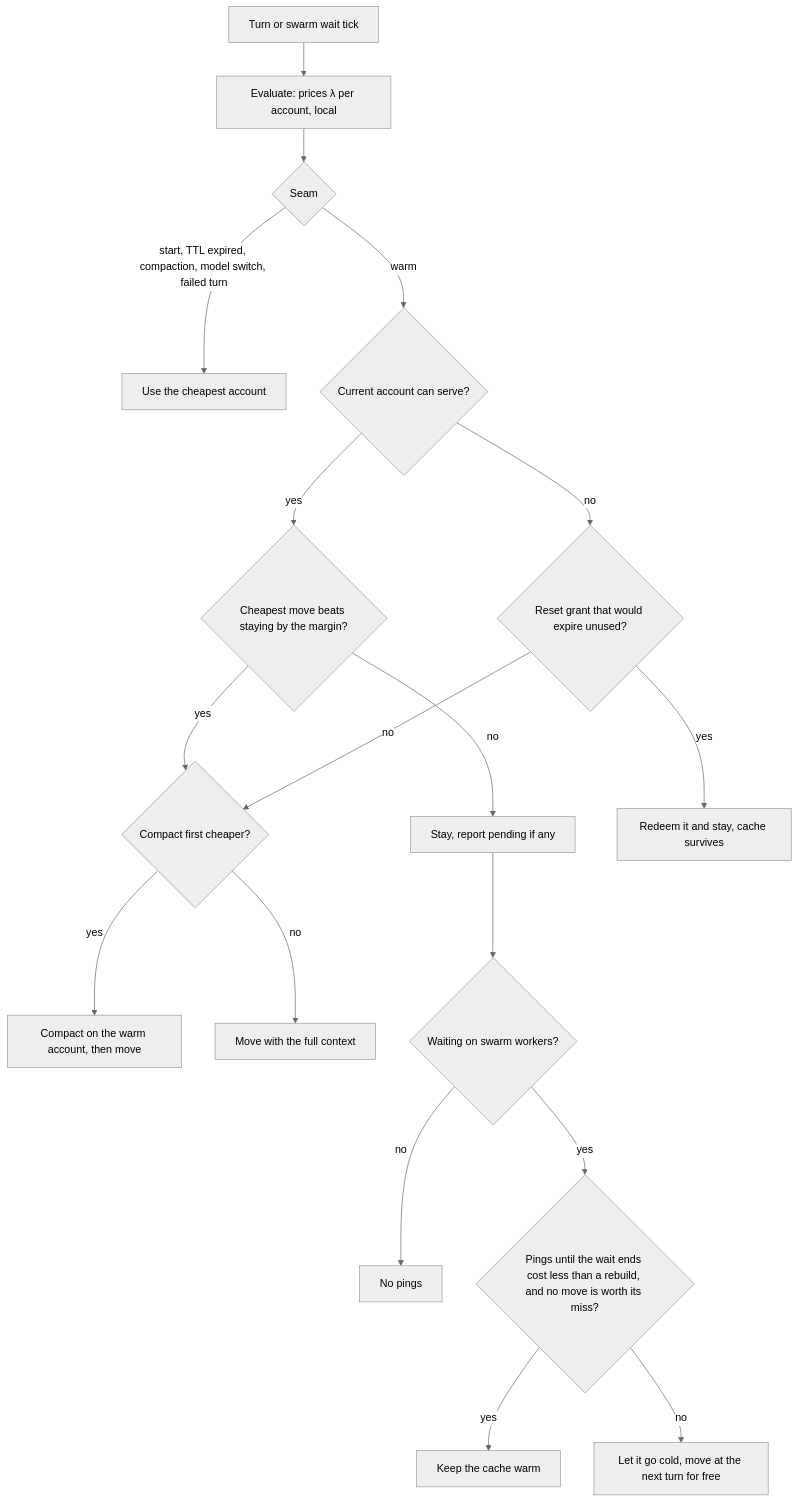
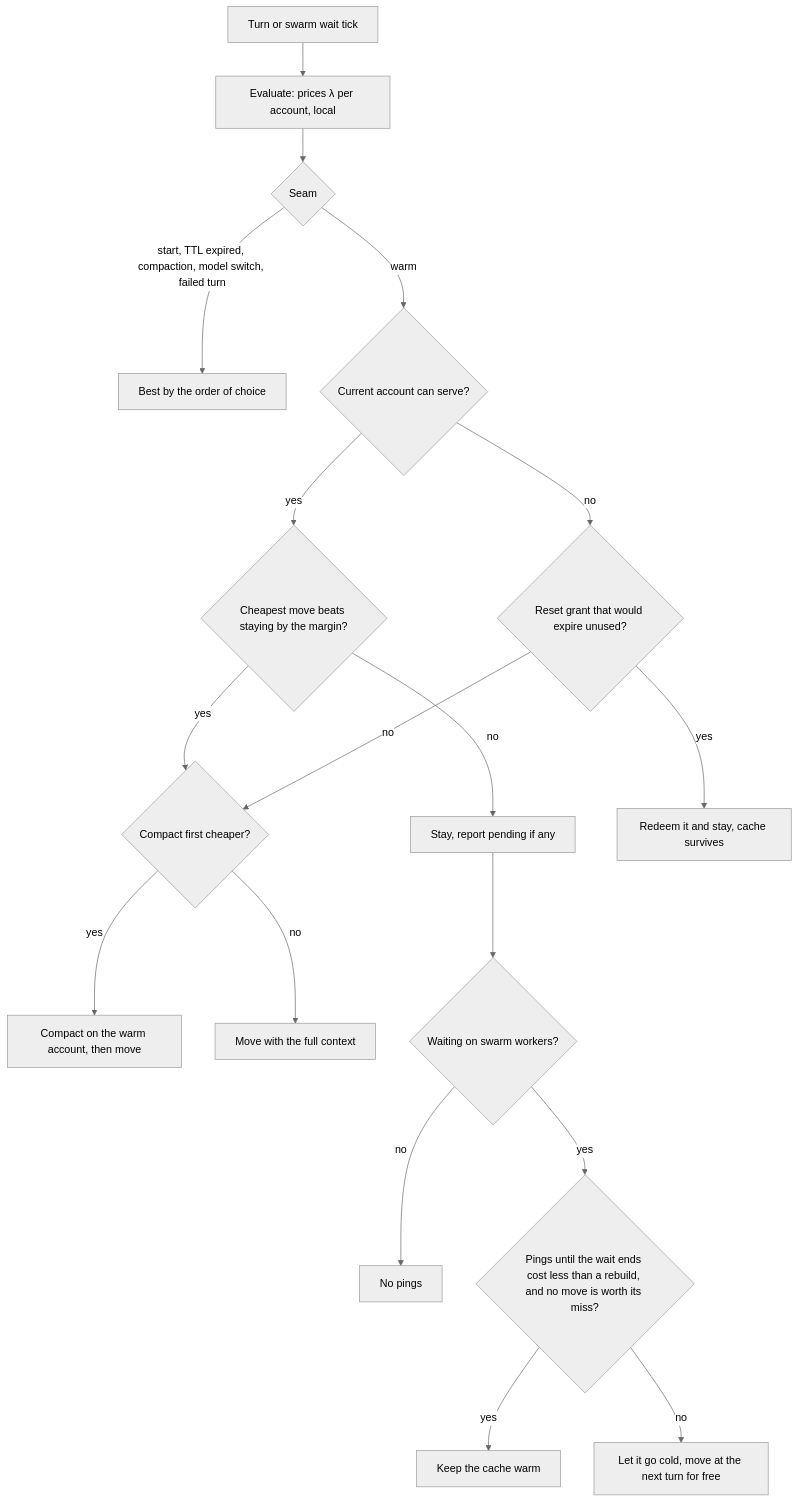
One commit to xenking/jcode changed the diagram in docs/ROUTING_POLICY_PLAN.md. Above: the diagram before and after it, drawn with Mermaid (neutral theme). The commit also changed other lines of this file, not shown here.

Commit message:
docs(routing): pools with reset anchors and the order of choice

````diff
--- a/docs/ROUTING_POLICY_PLAN.md
+++ b/docs/ROUTING_POLICY_PLAN.md
@@ -98,20 +127,20 @@
 ```mermaid
 flowchart TD
     T[Turn or swarm wait tick] --> E["Evaluate: prices λ per account, local"]
     E --> S{Seam}
-    S -->|"start, TTL expired, compaction, model switch, failed turn"| PICK[Use the cheapest account]
+    S -->|"start, TTL expired, compaction, model switch, failed turn"| PICK[Best by the order of choice]
     S -->|warm| CAN{Current account can serve?}
     CAN -->|yes| CMP{"Cheapest move beats staying by the margin?"}
     CMP -->|no| STAY[Stay, report pending if any]
     CMP -->|yes| HOW
     CAN -->|no| WALL{"Reset grant that would expire unused?"}
     WALL -->|yes| REDEEM[Redeem it and stay, cache survives]
     WALL -->|no| HOW{"Compact first cheaper?"}
     HOW -->|yes| CM[Compact on the warm account, then move]
     HOW -->|no| MV[Move with the full context]
     STAY --> W{Waiting on swarm workers?}
     W -->|no| IDLE[No pings]
     W -->|yes| KA{"Pings until the wait ends cost less than a rebuild, and no move is worth its miss?"}
     KA -->|yes| PING[Keep the cache warm]
     KA -->|no| COOL[Let it go cold, move at the next turn for free]
 ```
````
